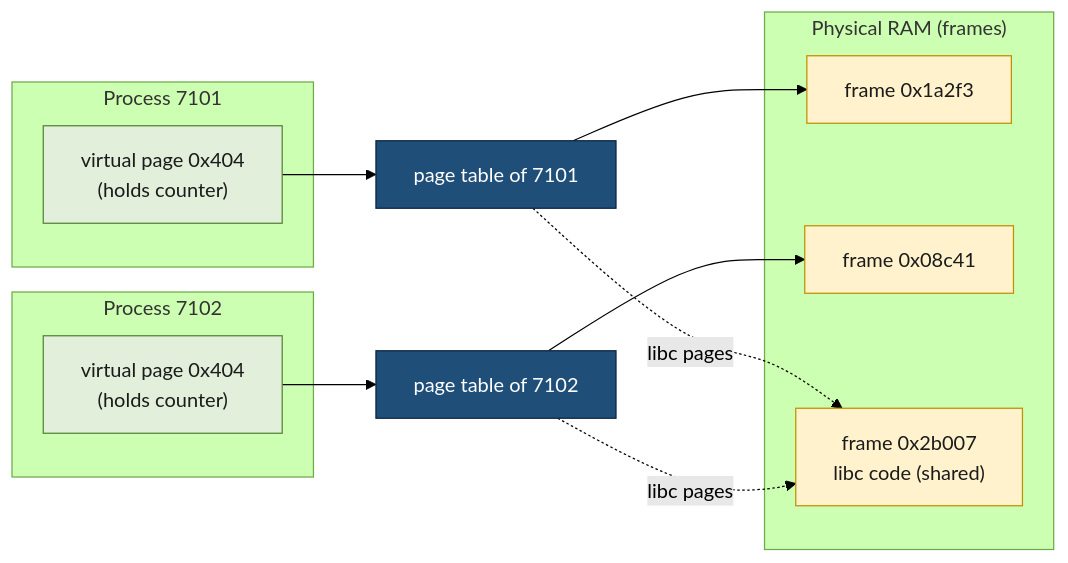
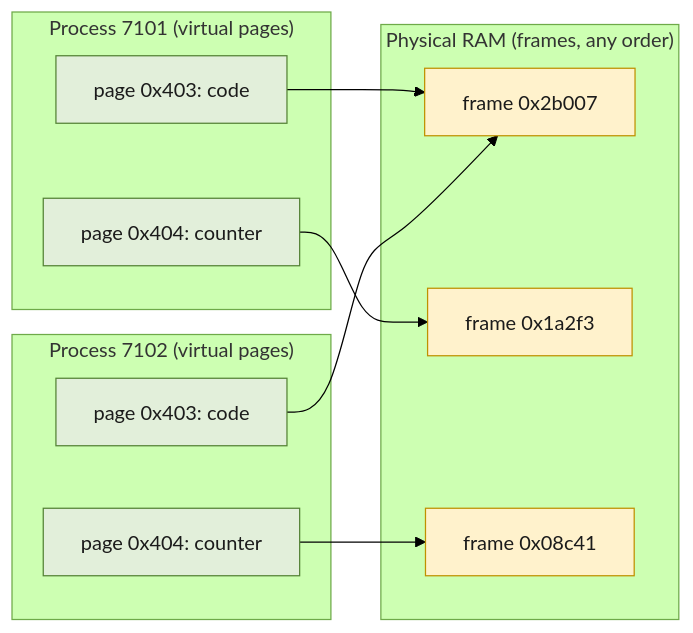
One commit to IhebBelhadj/second_brain changed the first of 3 diagrams in Areas/Operating systems/Memory/Virtual memory.md. Above: the diagram before and after it, drawn with Mermaid (forest theme). The commit also changed other lines of this file and 2 other files, not shown here.

````diff
--- a/Areas/Operating systems/Memory/Virtual memory.md
+++ b/Areas/Operating systems/Memory/Virtual memory.md
@@ -66,26 +99,24 @@
 ```mermaid
 flowchart LR
-    subgraph P1["Process 7101"]
-        V1["virtual page 0x404<br/>(holds counter)"]
+    subgraph P1["Process 7101 (virtual pages)"]
+        A1["page 0x403: code"]
+        A2["page 0x404: counter"]
     end
-    subgraph P2["Process 7102"]
-        V2["virtual page 0x404<br/>(holds counter)"]
+    subgraph P2["Process 7102 (virtual pages)"]
+        B1["page 0x403: code"]
+        B2["page 0x404: counter"]
     end
-    T1["page table of 7101"]
-    T2["page table of 7102"]
-    subgraph RAM["Physical RAM (frames)"]
-        F1["frame 0x1a2f3"]
-        F2["frame 0x08c41"]
-        F3["frame 0x2b007<br/>libc code (shared)"]
+    subgraph RAM["Physical RAM (frames, any order)"]
+        F1["frame 0x2b007"]
+        F2["frame 0x1a2f3"]
+        F3["frame 0x08c41"]
     end
-    V1 --> T1 --> F1
-    V2 --> T2 --> F2
-    T1 -. "libc pages" .-> F3
-    T2 -. "libc pages" .-> F3
+    A1 --> F1
+    B1 --> F1
+    A2 --> F2
+    B2 --> F3
     classDef proc fill:#e2efda,stroke:#548235,color:#1b1b1b
-    classDef table fill:#1f4e79,stroke:#0b2540,color:#ffffff
     classDef frame fill:#fff2cc,stroke:#bf9000,color:#1b1b1b
-    class V1,V2 proc
-    class T1,T2 table
+    class A1,A2,B1,B2 proc
     class F1,F2,F3 frame
 ```
````
